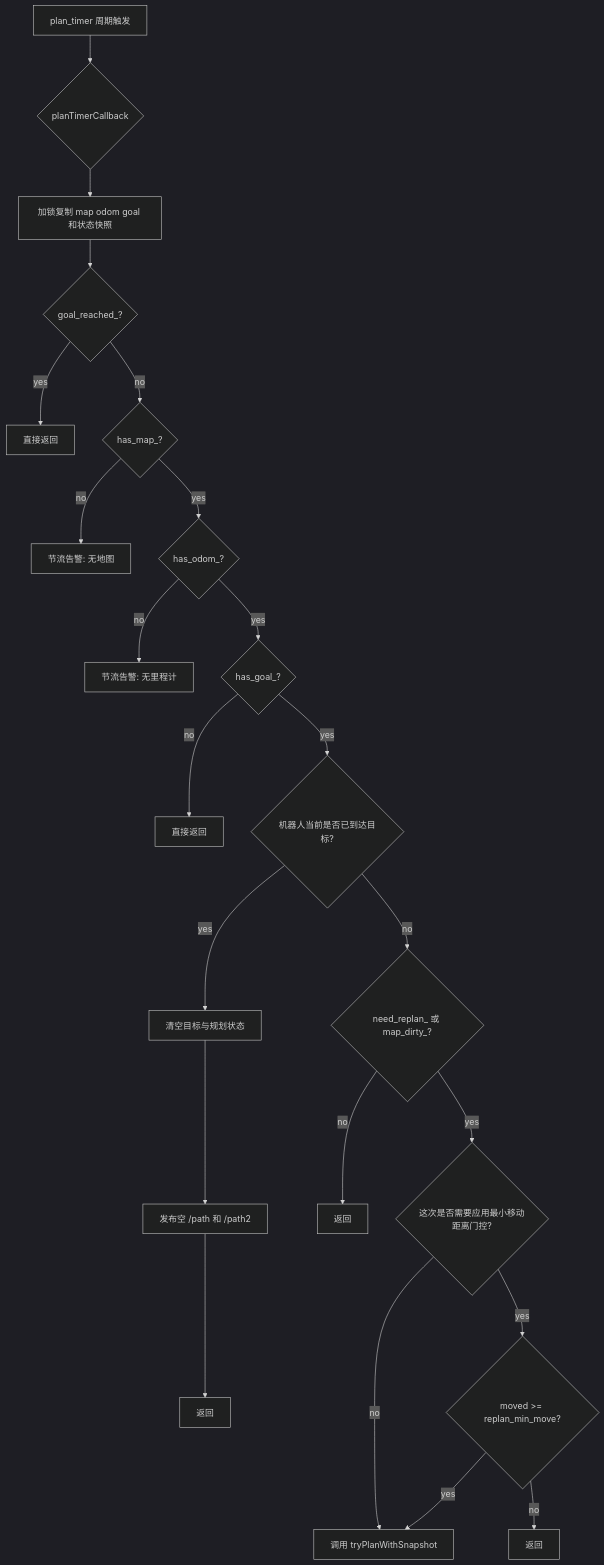
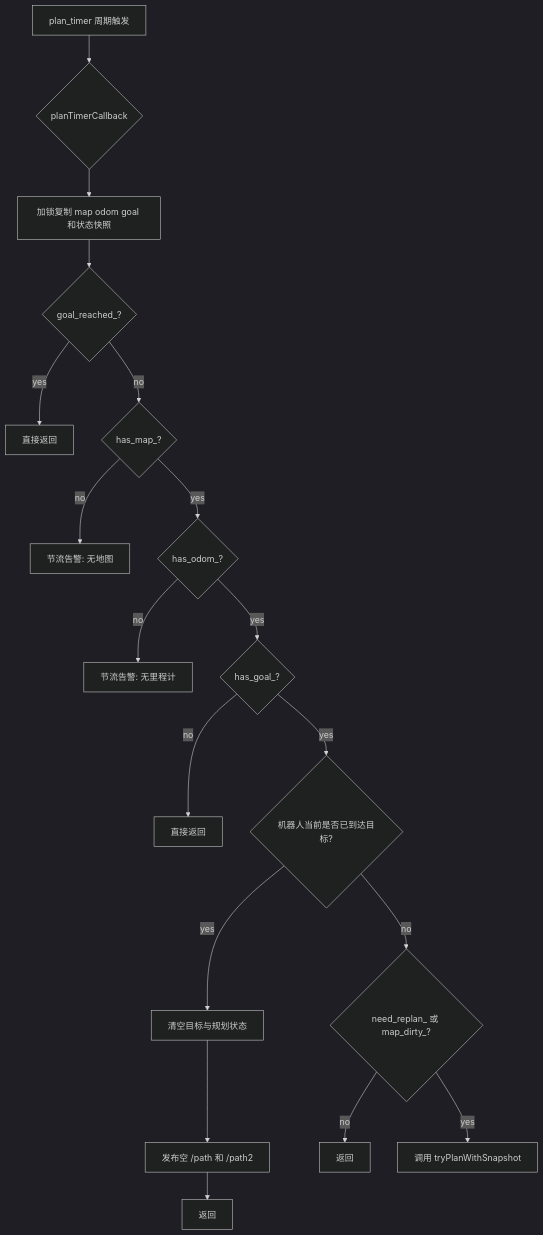
The fifth of 7 diagrams in src/nav2_voronoi_planner/docs/analysis_flow.md (37976/auto_nav2), drawn with Mermaid (dark theme) before and after one commit. The commit also changed other lines of this file and 2 other files, not shown here.

````diff
--- a/src/nav2_voronoi_planner/docs/analysis_flow.md
+++ b/src/nav2_voronoi_planner/docs/analysis_flow.md
@@ -660,24 +659,20 @@
 ```mermaid
 flowchart TD
     A[plan_timer 周期触发] --> B{planTimerCallback}
     B --> C[加锁复制 map odom goal 和状态快照]
     C --> D{goal_reached_?}
     D -- yes --> Z1[直接返回]
     D -- no --> E{has_map_?}
     E -- no --> Z2[节流告警: 无地图]
     E -- yes --> F{has_odom_?}
     F -- no --> Z3[节流告警: 无里程计]
     F -- yes --> G{has_goal_?}
     G -- no --> Z4[直接返回]
     G -- yes --> H{机器人当前是否已到达目标?}
     H -- yes --> I[清空目标与规划状态]
     I --> J[发布空 /path 和 /path2]
     J --> Z5[返回]
     H -- no --> K{need_replan_ 或 map_dirty_?}
     K -- no --> Z6[返回]
-    K -- yes --> L{这次是否需要应用最小移动距离门控?}
-    L -- no --> M[调用 tryPlanWithSnapshot]
-    L -- yes --> N{moved >= replan_min_move?}
-    N -- no --> Z7[返回]
-    N -- yes --> M
+    K -- yes --> L[调用 tryPlanWithSnapshot]
 ```
````
